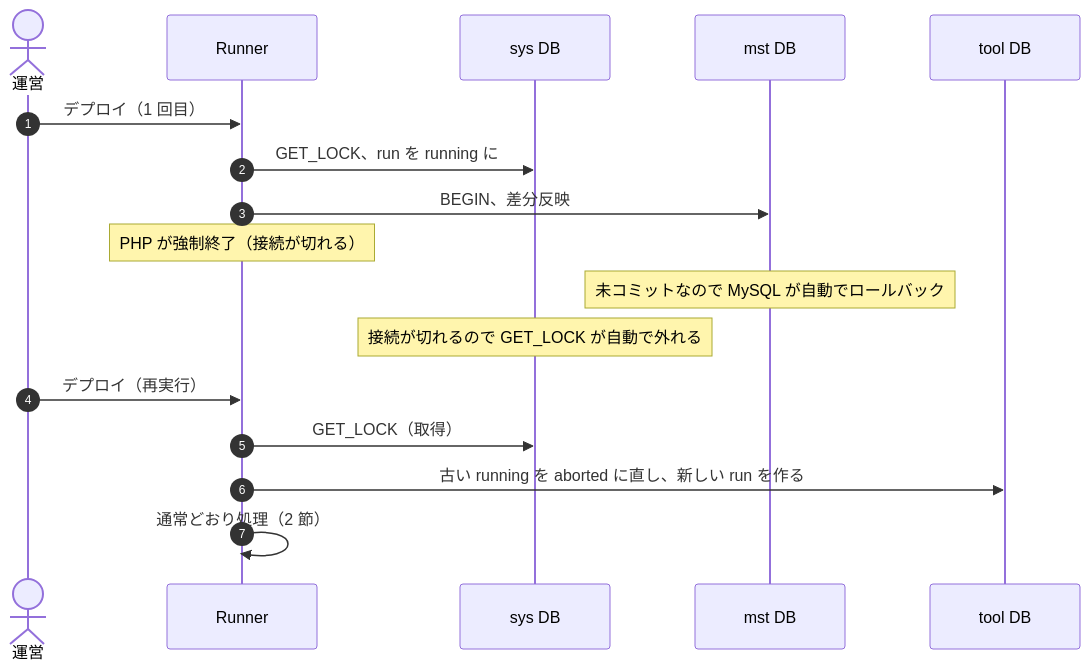
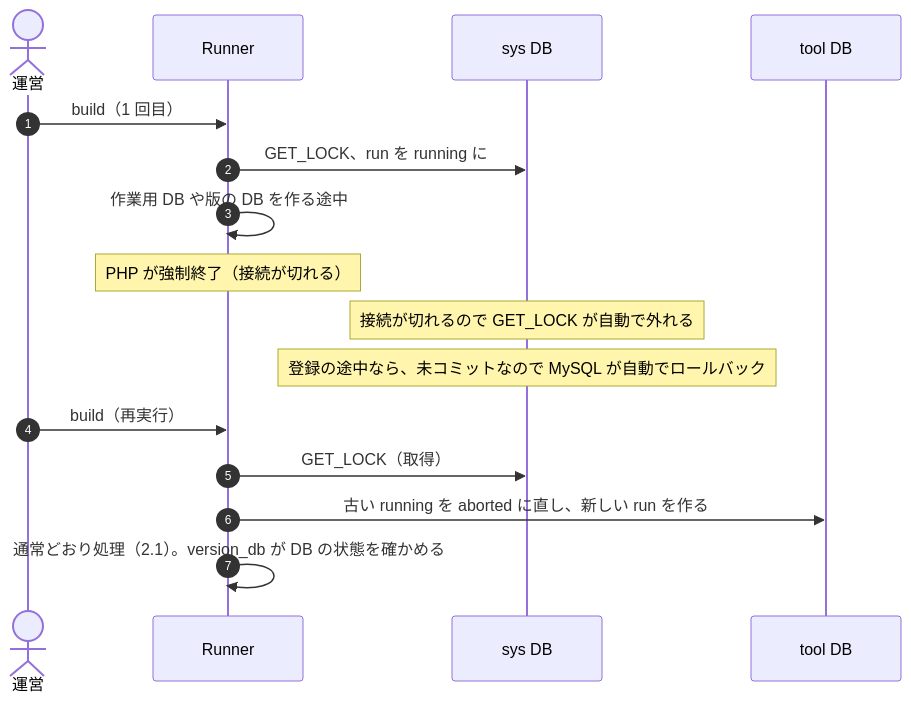
Diagram 16 of 20 in docs/design/master-distribution/sequence.md (BENieBlack/NexusMobileGameServer-Laravel), drawn with Mermaid before and after one commit. The commit also changed other lines of this file and 2 other files, not shown here.

Commit message:
docs: マスター配信のサーバー設計（db・api・sequence）を版ごとの mst DB と start_at の切り替えに書き直す（design-change） (#47)

````diff
--- a/docs/design/master-distribution/sequence.md
+++ b/docs/design/master-distribution/sequence.md
@@ -207,20 +587,19 @@
 ```mermaid
 sequenceDiagram
     autonumber
     actor OP as 運営
     participant R as Runner
     participant SYS as sys DB
-    participant MST as mst DB
     participant TOL as tool DB
 
-    OP->>R: デプロイ（1 回目）
+    OP->>R: build（1 回目）
     R->>SYS: GET_LOCK、run を running に
-    R->>MST: BEGIN、差分反映
+    R->>R: 作業用 DB や版の DB を作る途中
     Note over R: PHP が強制終了（接続が切れる）
-    Note over MST: 未コミットなので MySQL が自動でロールバック
     Note over SYS: 接続が切れるので GET_LOCK が自動で外れる
-    OP->>R: デプロイ（再実行）
+    Note over SYS: 登録の途中なら、未コミットなので MySQL が自動でロールバック
+    OP->>R: build（再実行）
     R->>SYS: GET_LOCK（取得）
     R->>TOL: 古い running を aborted に直し、新しい run を作る
-    R->>R: 通常どおり処理（2 節）
+    R->>R: 通常どおり処理（2.1）。version_db が DB の状態を確かめる
 ```
````
